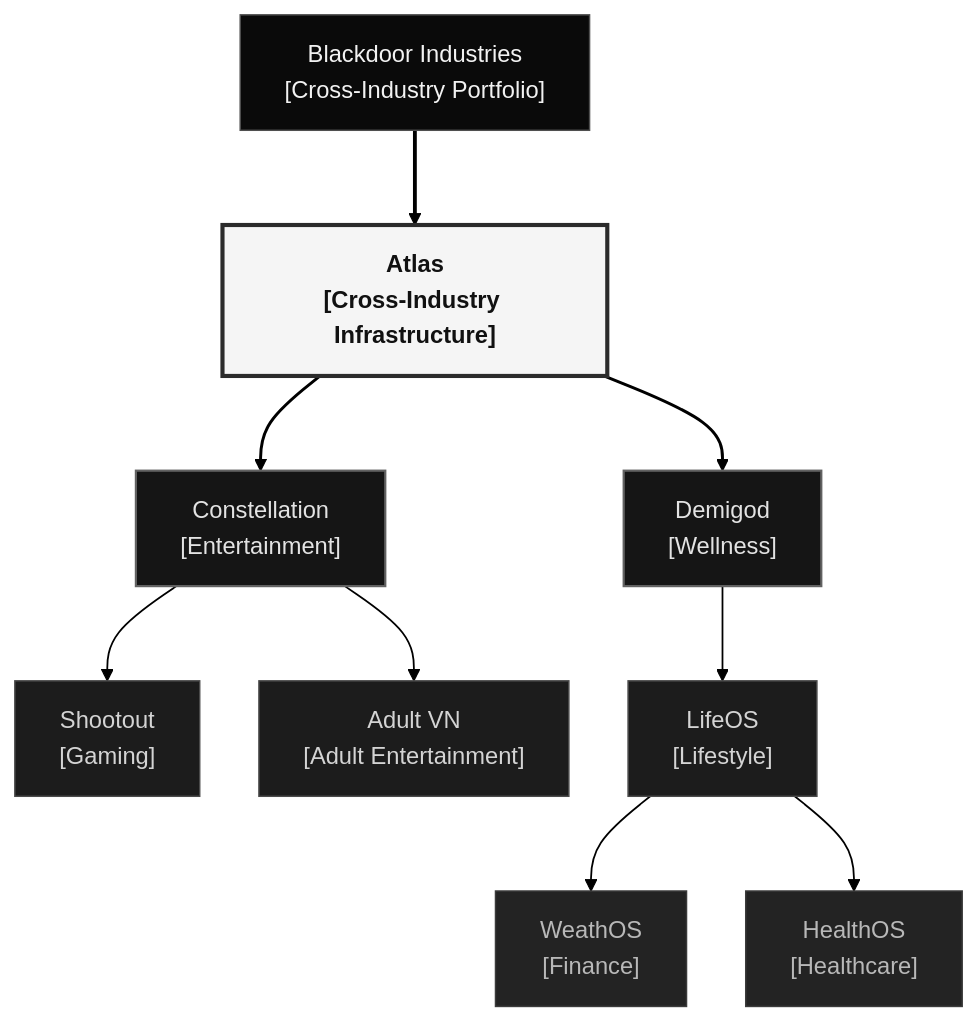
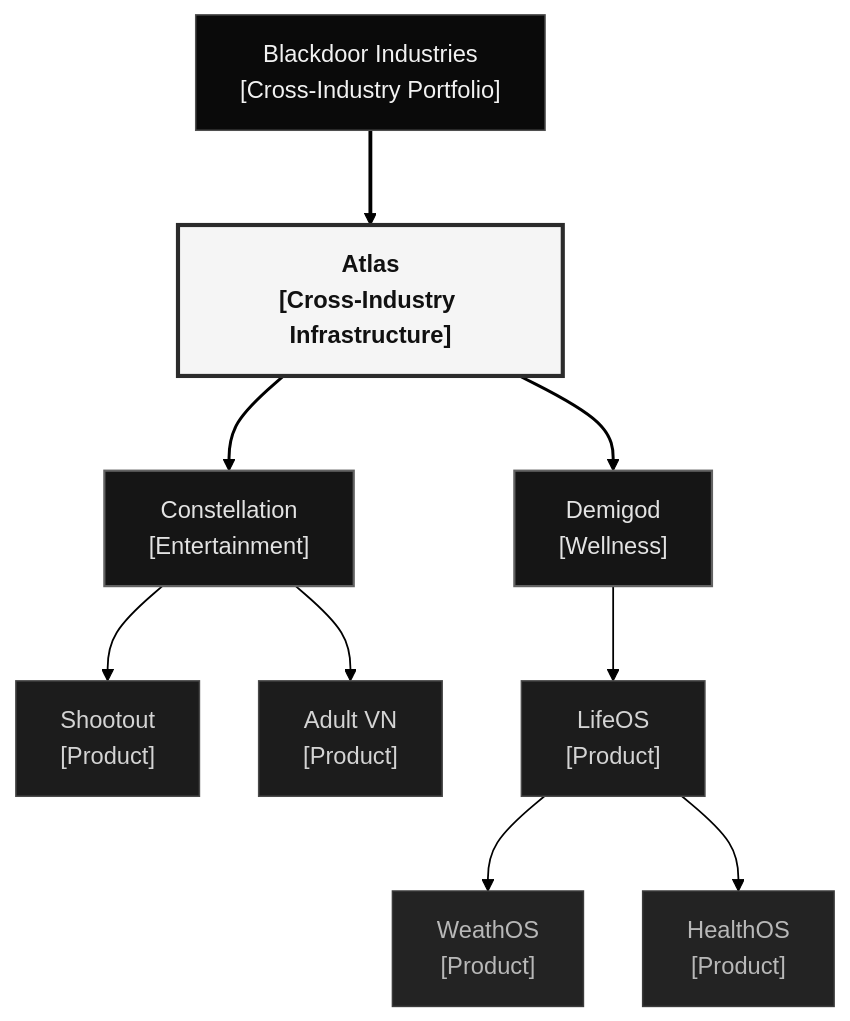
Before and after one commit to Blackdoor-Industries/.github: the first of 2 diagrams in profile/README.md, drawn with Mermaid.

Commit message:
Normalize product-node descriptors to Product

````diff
--- a/profile/README.md
+++ b/profile/README.md
@@ -41,48 +41,48 @@
 ```mermaid
 %%{init: {
   "theme": "base",
   "flowchart": {
     "curve": "basis",
     "nodeSpacing": 40,
     "rankSpacing": 64
   },
   "themeVariables": {
     "fontFamily": "system-ui, -apple-system, Segoe UI, sans-serif",
     "lineColor": "#000000",
     "textColor": "#eaeaea",
     "primaryColor": "#181818",
     "primaryBorderColor": "#454545",
     "tertiaryColor": "#121212",
     "background": "#ffffff"
   }
 }}%%
 flowchart TB
     BD["Blackdoor Industries<br/>[Cross-Industry Portfolio]"]:::holding
     ATLAS["Atlas<br/>[Cross-Industry Infrastructure]"]:::atlas
     CONST["Constellation<br/>[Entertainment]"]:::subsidiary
     DEMI["Demigod<br/>[Wellness]"]:::subsidiary
-    SHOOT["Shootout<br/>[Gaming]"]:::product
-    VN["Adult VN<br/>[Adult Entertainment]"]:::product
-    LIFE["LifeOS<br/>[Lifestyle]"]:::product
-    WEATH["WeathOS<br/>[Finance]"]:::module
-    HEALTH["HealthOS<br/>[Healthcare]"]:::module
+    SHOOT["Shootout<br/>[Product]"]:::product
+    VN["Adult VN<br/>[Product]"]:::product
+    LIFE["LifeOS<br/>[Product]"]:::product
+    WEATH["WeathOS<br/>[Product]"]:::module
+    HEALTH["HealthOS<br/>[Product]"]:::module
 
     BD ==> ATLAS
     ATLAS ==> CONST
     ATLAS ==> DEMI
     CONST --> SHOOT
     CONST --> VN
     DEMI --> LIFE
     LIFE --> WEATH
     LIFE --> HEALTH
 
     classDef holding fill:#0a0a0a,stroke:#4f4f4f,stroke-width:1px,color:#f2f2f2
     classDef atlas fill:#f5f5f5,stroke:#2b2b2b,stroke-width:2.8px,color:#111,font-weight:700
     classDef subsidiary fill:#151515,stroke:#626262,stroke-width:1.5px,color:#e3e3e3
     classDef product fill:#1c1c1c,stroke:#4a4a4a,stroke-width:1px,color:#d4d4d4
     classDef module fill:#232323,stroke:#3b3b3b,stroke-width:1px,color:#b8b8b8
 
     linkStyle 0 stroke:#000000,stroke-width:2.6px
     linkStyle 1,2 stroke:#000000,stroke-width:2px
     linkStyle 3,4,5,6,7 stroke:#000000,stroke-width:1.2px
 ```
````
